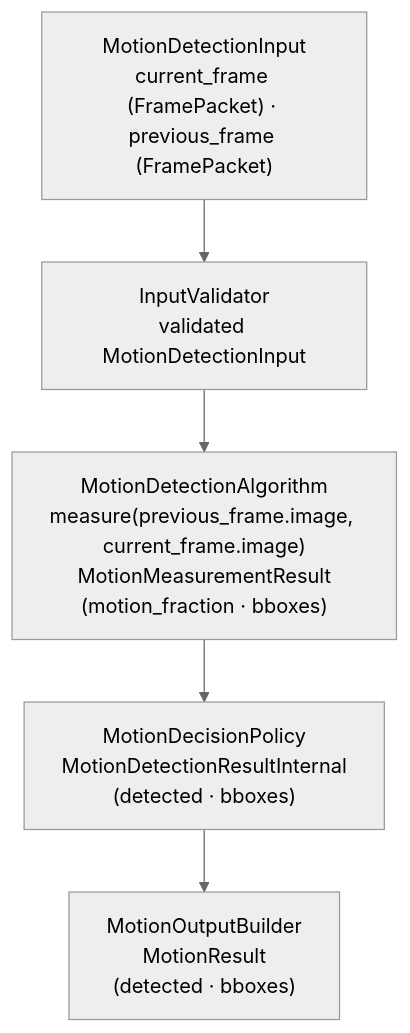
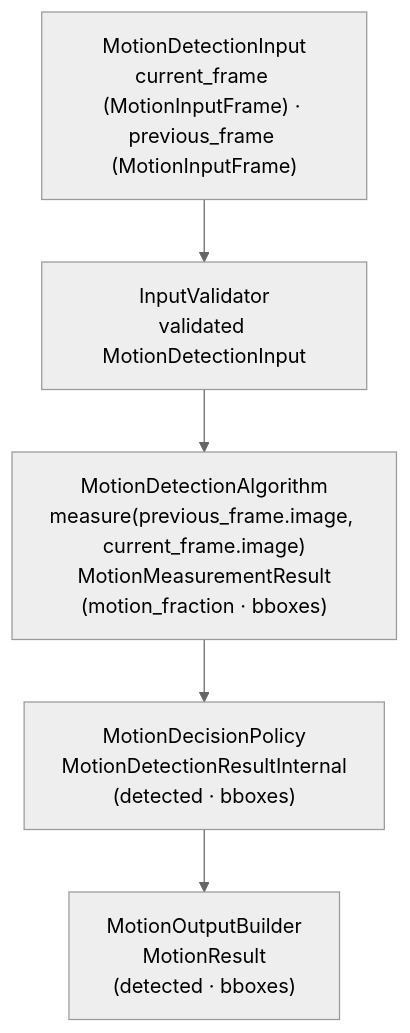
The third of 3 diagrams in doc/image_processing_service/motion_detection.md (talifruman/camera-recognition), drawn with Mermaid (neutral theme) before and after one commit. The commit also changed other lines of this file and 60 other files, not shown here.

````diff
--- a/doc/image_processing_service/motion_detection.md
+++ b/doc/image_processing_service/motion_detection.md
@@ -503,13 +510,13 @@
 ```mermaid
 flowchart TD
-    A["MotionDetectionInput\ncurrent_frame (FramePacket) · previous_frame (FramePacket)"]
+    A["MotionDetectionInput\ncurrent_frame (MotionInputFrame) · previous_frame (MotionInputFrame)"]
     B["InputValidator\nvalidated MotionDetectionInput"]
     D["MotionDetectionAlgorithm\nmeasure(previous_frame.image, current_frame.image)\nMotionMeasurementResult\n(motion_fraction · bboxes)"]
     E["MotionDecisionPolicy\nMotionDetectionResultInternal\n(detected · bboxes)"]
     F["MotionOutputBuilder\nMotionResult\n(detected · bboxes)"]
 
     A --> B
     B --> D
     D --> E
     E --> F
 ```
````
